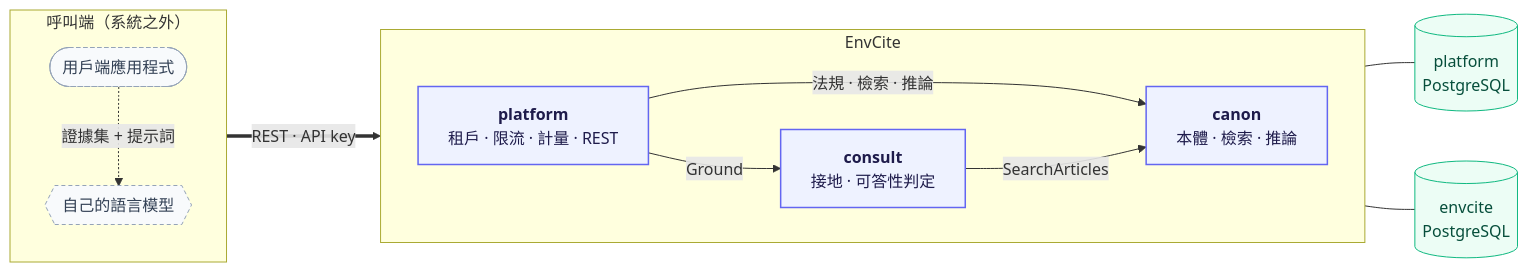
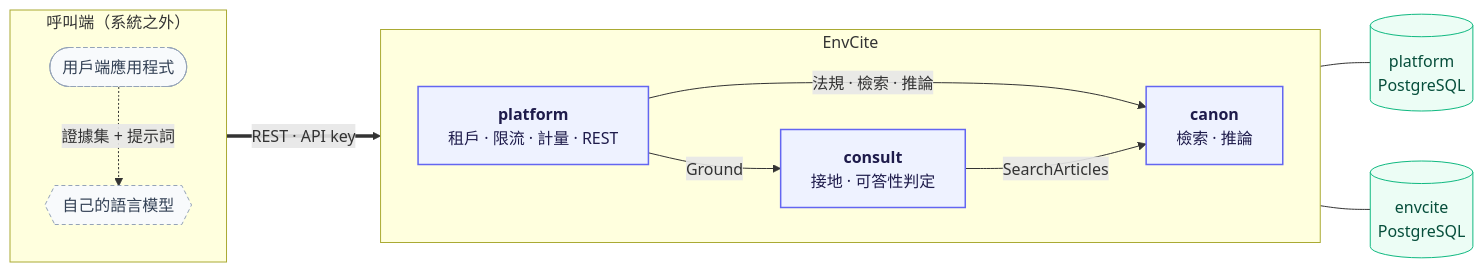
One commit to elihu0211/envcite changed the first of 2 diagrams in proto/README.md. Above: the diagram before and after it, drawn with Mermaid. The commit also changed other lines of this file and 34 other files, not shown here.

````diff
--- a/proto/README.md
+++ b/proto/README.md
@@ -27,38 +27,38 @@
 ```mermaid
 ---
 config:
   flowchart:
     curve: basis
 ---
 flowchart LR
     subgraph caller["呼叫端（系統之外）"]
         direction TB
         client(["用戶端應用程式"])
         llm{{"自己的語言模型"}}
     end
 
     subgraph envcite["EnvCite"]
         direction LR
         platform["<b>platform</b><br/>租戶 · 限流 · 計量 · REST"]
         consult["<b>consult</b><br/>接地 · 可答性判定"]
-        canon["<b>canon</b><br/>本體 · 檢索 · 推論"]
+        canon["<b>canon</b><br/>檢索 · 推論"]
     end
 
     pg1[("platform<br/>PostgreSQL")]
     pg2[("envcite<br/>PostgreSQL")]
 
     client ==>|"REST · API key"| platform
     platform -->|"Ground"| consult
     platform -->|"法規 · 檢索 · 推論"| canon
     consult -->|"SearchArticles"| canon
     platform --- pg1
     canon --- pg2
     client -.->|"證據集 + 提示詞"| llm
 
     classDef svc fill:#eef2ff,stroke:#6366f1,stroke-width:1.5px,color:#1e1b4b
     classDef store fill:#ecfdf5,stroke:#10b981,color:#064e3b
     classDef ext fill:#f8fafc,stroke:#94a3b8,stroke-dasharray:4 3,color:#334155
     class platform,consult,canon svc
     class pg1,pg2 store
     class client,llm ext
 ```
````
